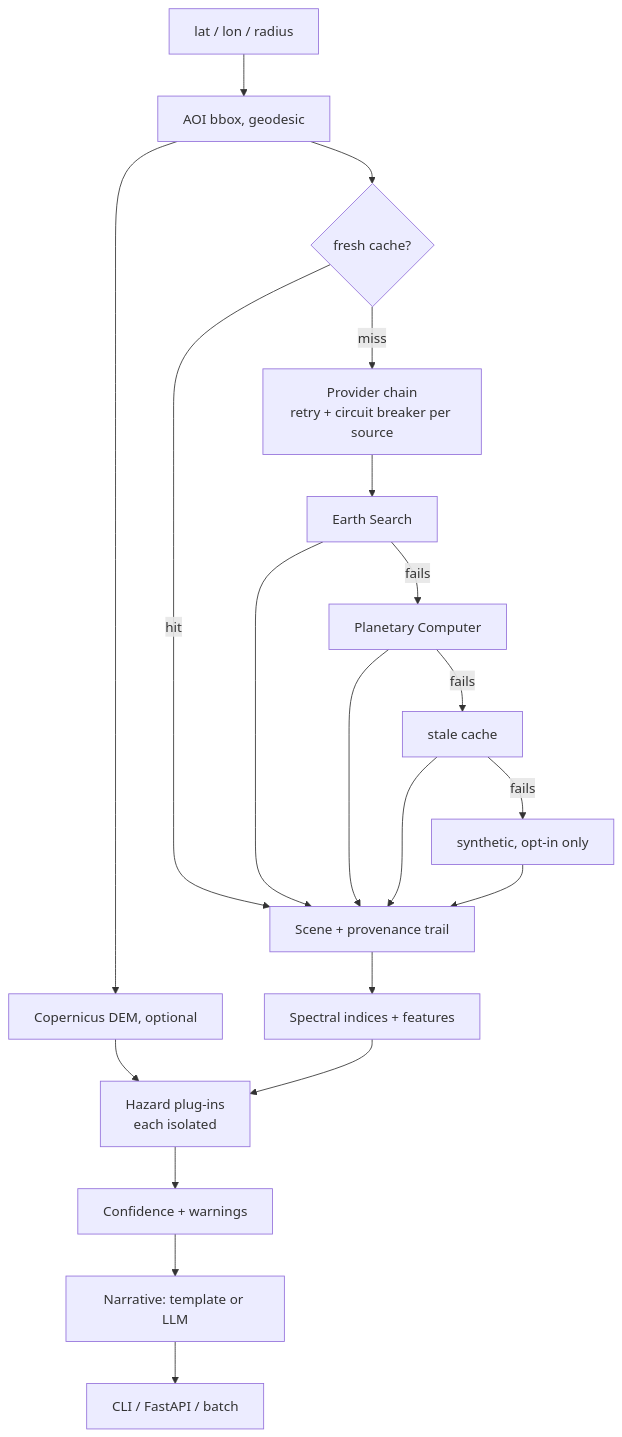
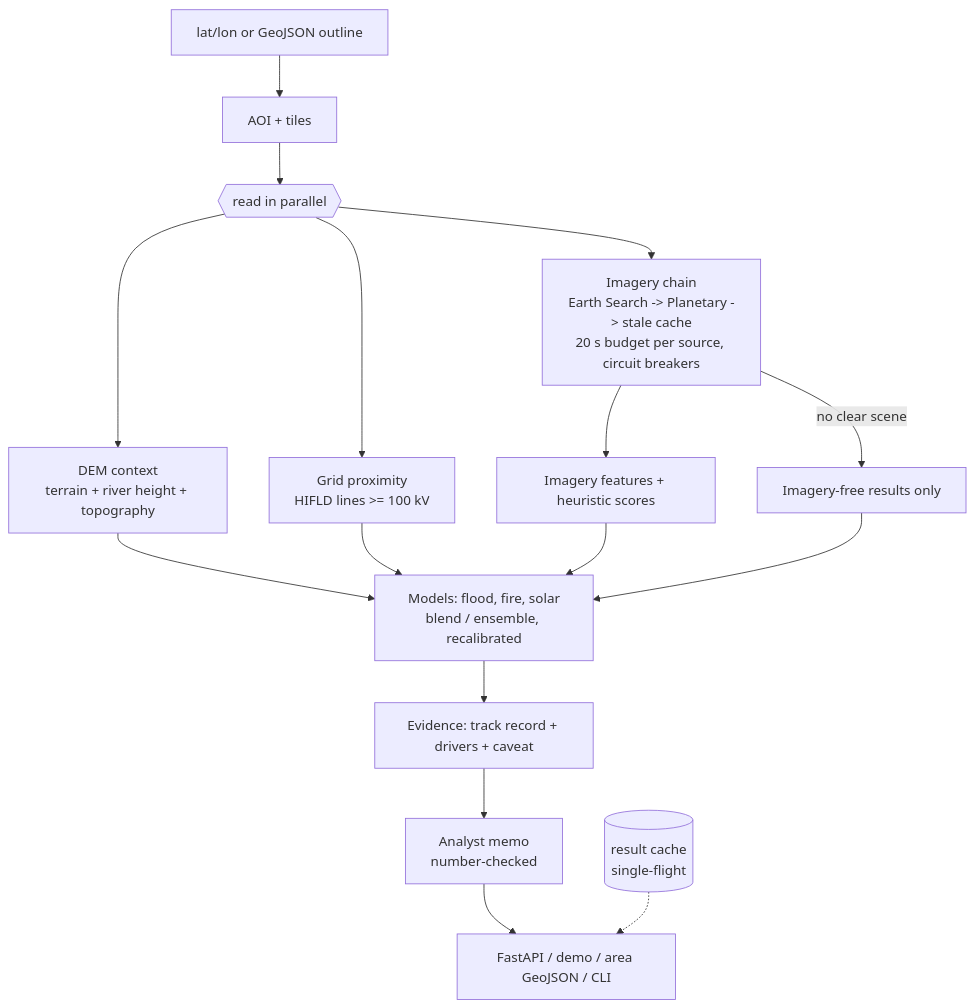
The diagram in README.md (shaikn6/georisk-agent), drawn with Mermaid before and after one commit. The commit also changed other lines of this file and 13 other files, not shown here.

First line of the commit message:
fix: Docker live-imagery bug, provider time budget, v0.4.0 docs (#24)

````diff
--- a/README.md
+++ b/README.md
@@ -12,19 +12,18 @@
 ```mermaid
 flowchart TD
-    A[lat / lon / radius] --> B[AOI bbox, geodesic]
-    B --> C{fresh cache?}
-    C -- hit --> F
-    C -- miss --> D[Provider chain<br/>retry + circuit breaker per source]
-    D --> D1[Earth Search]
-    D1 -- fails --> D2[Planetary Computer]
-    D2 -- fails --> D3[stale cache]
-    D3 -- fails --> D4[synthetic, opt-in only]
-    D1 & D2 & D3 & D4 --> F[Scene + provenance trail]
-    B --> T[Copernicus DEM, optional]
-    F --> G[Spectral indices + features]
-    T --> H
-    G --> H[Hazard plug-ins<br/>each isolated]
-    H --> I[Confidence + warnings]
-    I --> J[Narrative: template or LLM]
-    J --> K[CLI / FastAPI / batch]
+    A[lat/lon or GeoJSON outline] --> B[AOI + tiles]
+    B --> P{{read in parallel}}
+    P --> I[Imagery chain<br/>Earth Search -> Planetary -> stale cache<br/>20 s budget per source, circuit breakers]
+    P --> D[DEM context<br/>terrain + river height + topography]
+    P --> G[Grid proximity<br/>HIFLD lines >= 100 kV]
+    I --> F[Imagery features + heuristic scores]
+    I -- no clear scene --> X[Imagery-free results only]
+    D --> M
+    G --> M
+    F --> M[Models: flood, fire, solar<br/>blend / ensemble, recalibrated]
+    X --> M
+    M --> E[Evidence: track record + drivers + caveat]
+    E --> N[Analyst memo<br/>number-checked]
+    N --> O[FastAPI / demo / area GeoJSON / CLI]
+    C[(result cache<br/>single-flight)] -.-> O
 ```
````
